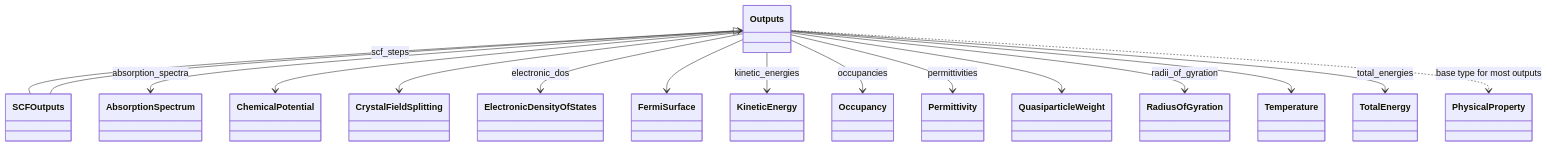
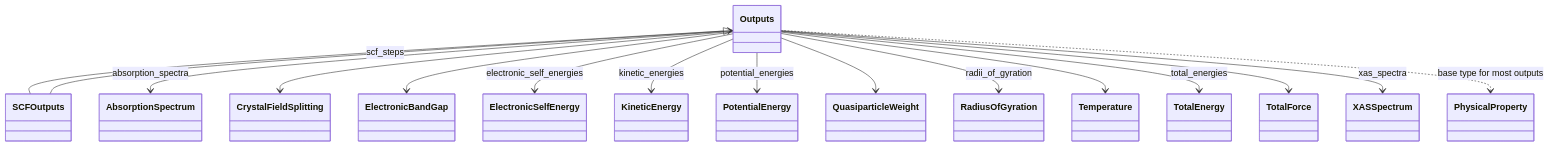
Before and after one commit to FAIRmat-NFDI/nomad-simulations: the first of 2 diagrams in docs/schema/outputs.diagram.md, drawn with Mermaid. The commit also changed 35 other files, not shown here.

````diff
--- a/docs/schema/outputs.diagram.md
+++ b/docs/schema/outputs.diagram.md
@@ -16,48 +16,48 @@
 ```mermaid
 classDiagram
     class AbsorptionSpectrum {
     }
-    class ChemicalPotential {
-    }
     class CrystalFieldSplitting {
     }
-    class ElectronicDensityOfStates {
+    class ElectronicBandGap {
     }
-    class FermiSurface {
+    class ElectronicSelfEnergy {
     }
     class KineticEnergy {
     }
-    class Occupancy {
-    }
     class Outputs {
     }
-    class Permittivity {
+    class PhysicalProperty {
     }
-    class PhysicalProperty {
+    class PotentialEnergy {
     }
     class QuasiparticleWeight {
     }
     class RadiusOfGyration {
     }
     class SCFOutputs {
     }
     class Temperature {
     }
     class TotalEnergy {
     }
+    class TotalForce {
+    }
+    class XASSpectrum {
+    }
     Outputs <|-- SCFOutputs
     Outputs --> AbsorptionSpectrum : absorption_spectra
-    Outputs --> ChemicalPotential
     Outputs --> CrystalFieldSplitting
-    Outputs --> ElectronicDensityOfStates : electronic_dos
-    Outputs --> FermiSurface
+    Outputs --> ElectronicBandGap
+    Outputs --> ElectronicSelfEnergy : electronic_self_energies
     Outputs --> KineticEnergy : kinetic_energies
-    Outputs --> Occupancy : occupancies
-    Outputs --> Permittivity : permittivities
+    Outputs --> PotentialEnergy : potential_energies
     Outputs --> QuasiparticleWeight
     Outputs --> RadiusOfGyration : radii_of_gyration
     Outputs --> Temperature
     Outputs --> TotalEnergy : total_energies
+    Outputs --> TotalForce
+    Outputs --> XASSpectrum : xas_spectra
     SCFOutputs --> Outputs : scf_steps
     Outputs ..> PhysicalProperty : base type for most outputs
 ```
````
